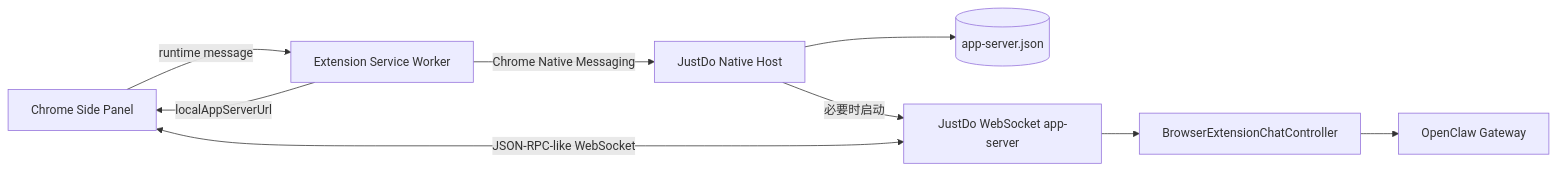
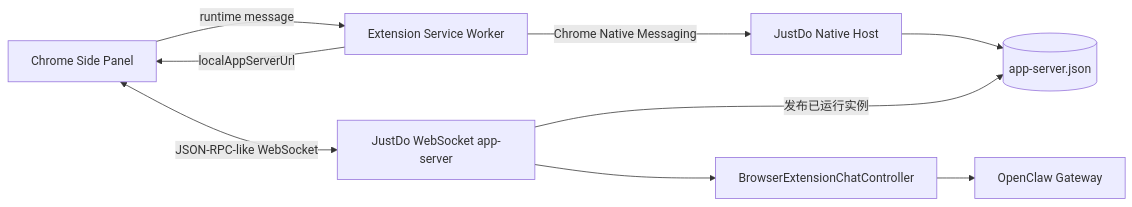
One commit to liangxhao/JustDo changed the diagram in docs/browser-extension-api/README.md. Above: the diagram before and after it, drawn with Mermaid. The commit also changed other lines of this file and 19 other files, not shown here.

````diff
--- a/docs/browser-extension-api/README.md
+++ b/docs/browser-extension-api/README.md
@@ -22,18 +22,18 @@
 ```mermaid
 flowchart LR
   Panel[Chrome Side Panel]
   Background[Extension Service Worker]
   Native[JustDo Native Host]
   Rendezvous[(app-server.json)]
   Server[JustDo WebSocket app-server]
   Controller[BrowserExtensionChatController]
   Gateway[OpenClaw Gateway]
 
   Panel -->|runtime message| Background
   Background -->|Chrome Native Messaging| Native
   Native --> Rendezvous
-  Native -->|必要时启动| Server
+  Server -->|发布已运行实例| Rendezvous
   Background -->|localAppServerUrl| Panel
   Panel <-->|JSON-RPC-like WebSocket| Server
   Server --> Controller --> Gateway
 ```
````
